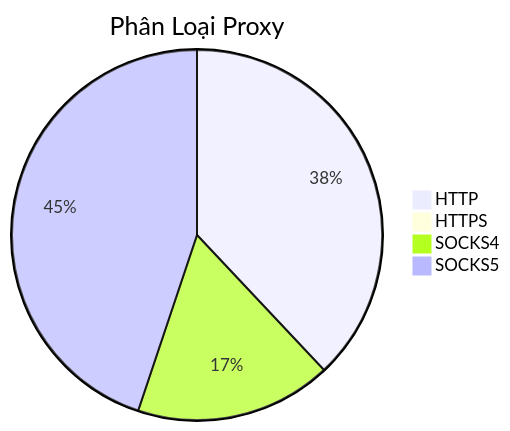
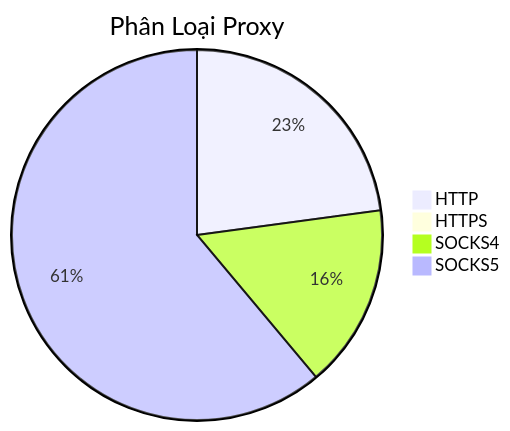
The diagram in README.md (Ciara-Aa/PROXY-free), drawn with Mermaid before and after one commit. The commit also changed other lines of this file and 4 other files, not shown here.

````diff
--- a/README.md
+++ b/README.md
@@ -26,7 +26,7 @@
 ```mermaid
 pie title Phân Loại Proxy
-    "HTTP" : 768
+    "HTTP" : 411
     "HTTPS" : 1
-    "SOCKS4" : 347
-    "SOCKS5" : 907
+    "SOCKS4" : 288
+    "SOCKS5" : 1098
 ```
````
